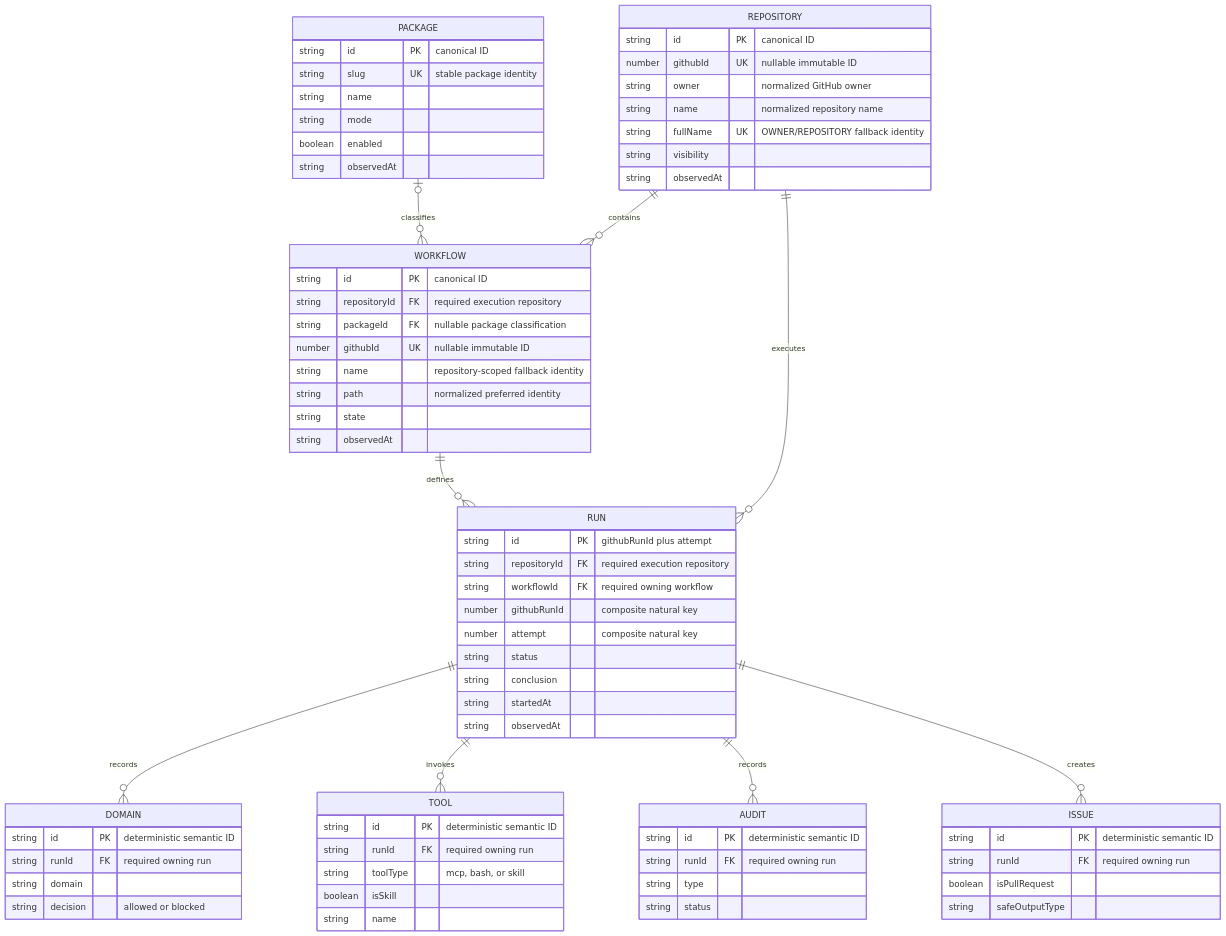
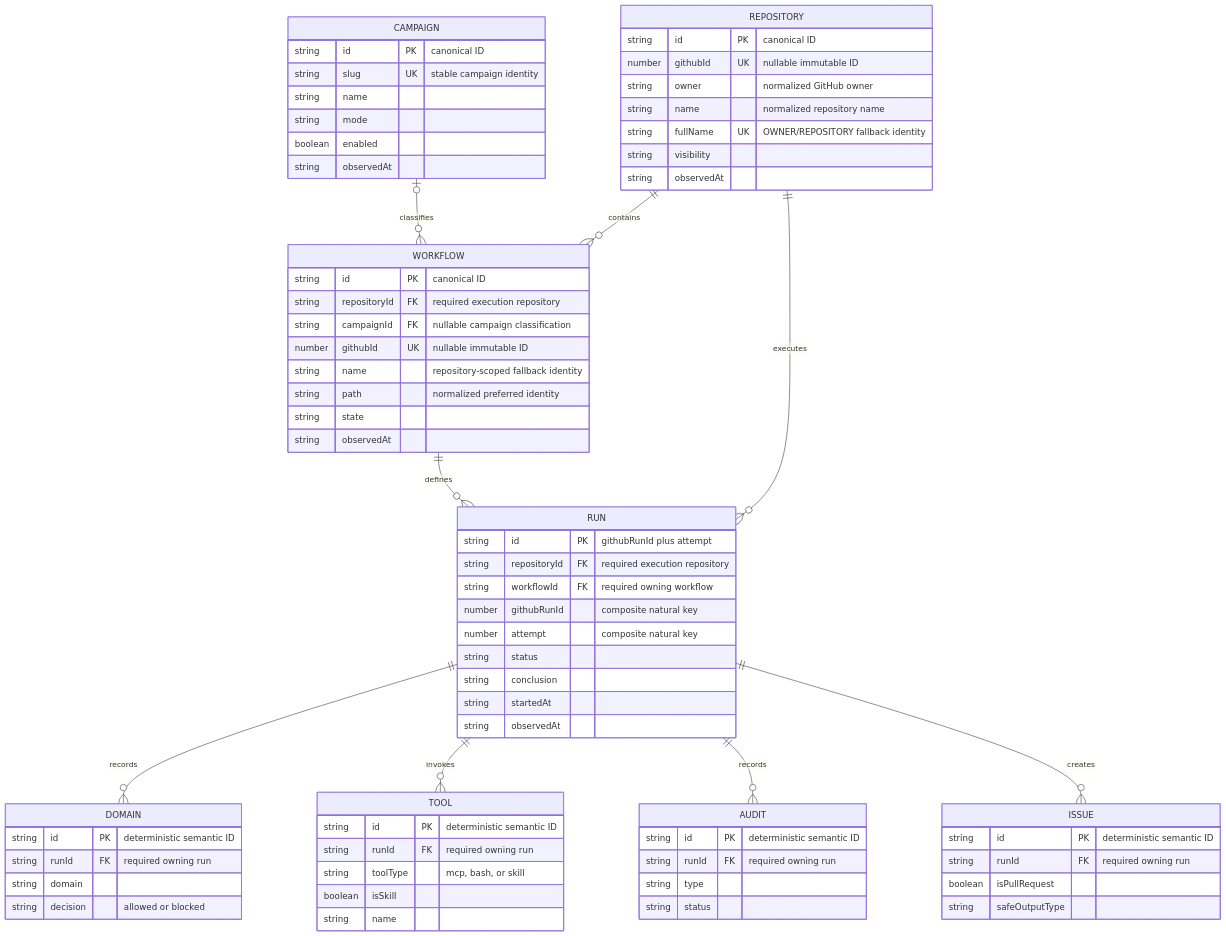
Before and after one commit to elefthei/gh-aw-cao: the second of 2 diagrams in specs/dashboard-data.md, drawn with Mermaid. The commit also changed other lines of this file and 420 other files, not shown here.

````diff
--- a/specs/dashboard-data.md
+++ b/specs/dashboard-data.md
@@ -761,75 +761,75 @@
 ```mermaid
 erDiagram
-  PACKAGE o|--o{ WORKFLOW : classifies
+  CAMPAIGN o|--o{ WORKFLOW : classifies
   REPOSITORY ||--o{ WORKFLOW : contains
   REPOSITORY ||--o{ RUN : executes
   WORKFLOW ||--o{ RUN : defines
   RUN ||--o{ DOMAIN : records
   RUN ||--o{ TOOL : invokes
   RUN ||--o{ AUDIT : records
   RUN ||--o{ ISSUE : creates
 
-  PACKAGE {
+  CAMPAIGN {
     string id PK "canonical ID"
-    string slug UK "stable package identity"
+    string slug UK "stable campaign identity"
     string name
     string mode
     boolean enabled
     string observedAt
   }
   REPOSITORY {
     string id PK "canonical ID"
     number githubId UK "nullable immutable ID"
     string owner "normalized GitHub owner"
     string name "normalized repository name"
     string fullName UK "OWNER/REPOSITORY fallback identity"
     string visibility
     string observedAt
   }
   WORKFLOW {
     string id PK "canonical ID"
     string repositoryId FK "required execution repository"
-    string packageId FK "nullable package classification"
+    string campaignId FK "nullable campaign classification"
     number githubId UK "nullable immutable ID"
     string name "repository-scoped fallback identity"
     string path "normalized preferred identity"
     string state
     string observedAt
   }
   RUN {
     string id PK "githubRunId plus attempt"
     string repositoryId FK "required execution repository"
     string workflowId FK "required owning workflow"
     number githubRunId "composite natural key"
     number attempt "composite natural key"
     string status
     string conclusion
     string startedAt
     string observedAt
   }
   DOMAIN {
     string id PK "deterministic semantic ID"
     string runId FK "required owning run"
     string domain
     string decision "allowed or blocked"
   }
   TOOL {
     string id PK "deterministic semantic ID"
     string runId FK "required owning run"
     string toolType "mcp, bash, or skill"
     boolean isSkill
     string name
   }
   AUDIT {
     string id PK "deterministic semantic ID"
     string runId FK "required owning run"
     string type
     string status
   }
   ISSUE {
     string id PK "deterministic semantic ID"
     string runId FK "required owning run"
     boolean isPullRequest
     string safeOutputType
   }
 ```
````
